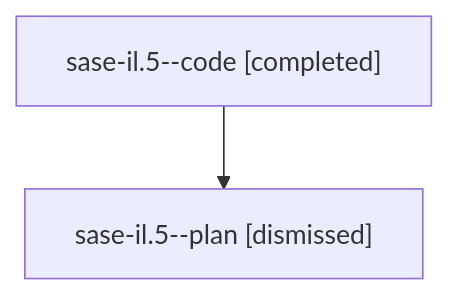
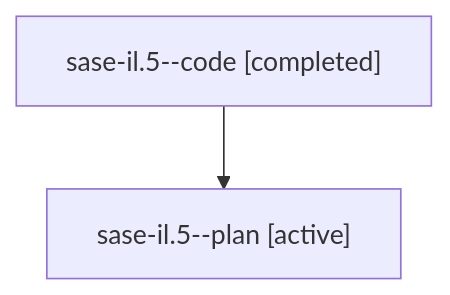
The diagram in families/bbugyi200.athena.sase-il.5.md (sase-org/sase--agents), drawn with Mermaid before and after one commit. The commit also changed other lines of this file and 35830 other files, not shown here.

````diff
--- a/families/bbugyi200.athena.sase-il.5.md
+++ b/families/bbugyi200.athena.sase-il.5.md
@@ -9,6 +9,6 @@
 ```mermaid
 flowchart TD
   n0["sase-il.5--code [completed]"]
-  n1["sase-il.5--plan [dismissed]"]
+  n1["sase-il.5--plan [active]"]
   n0 --> n1
 ```
````
